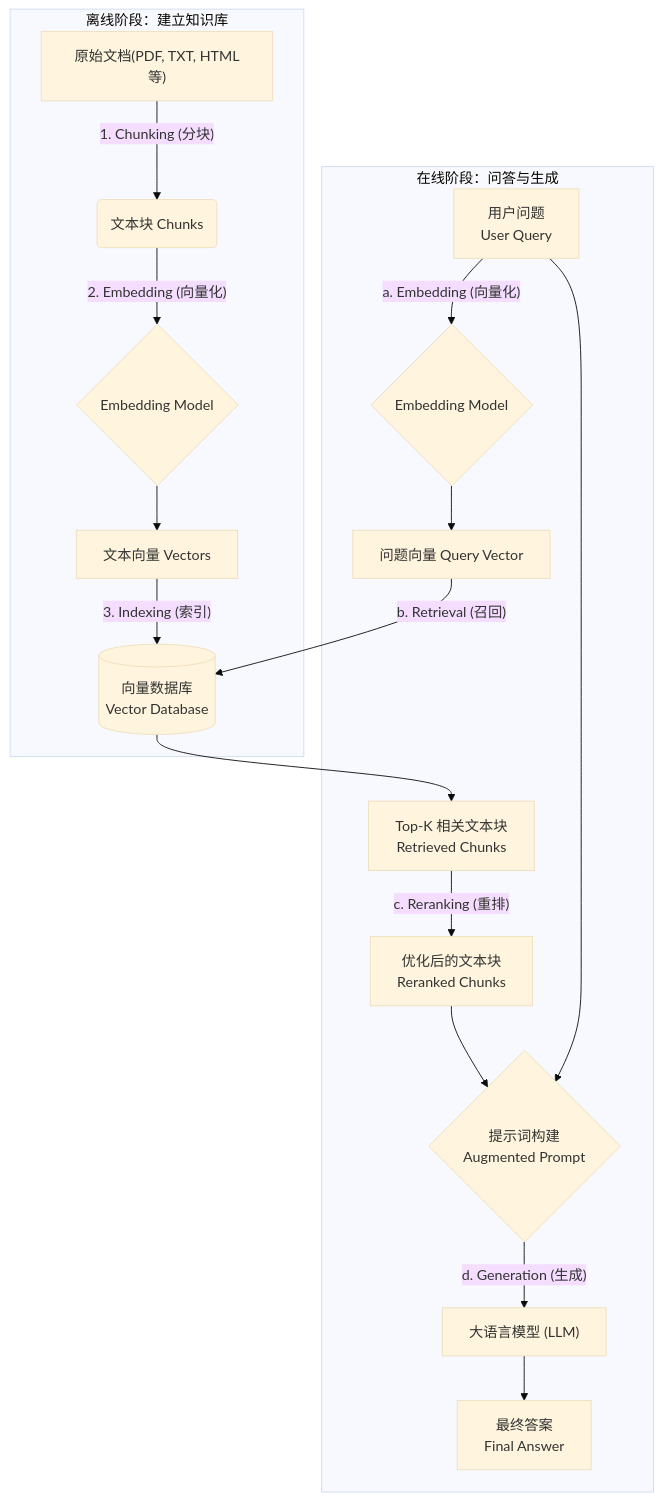
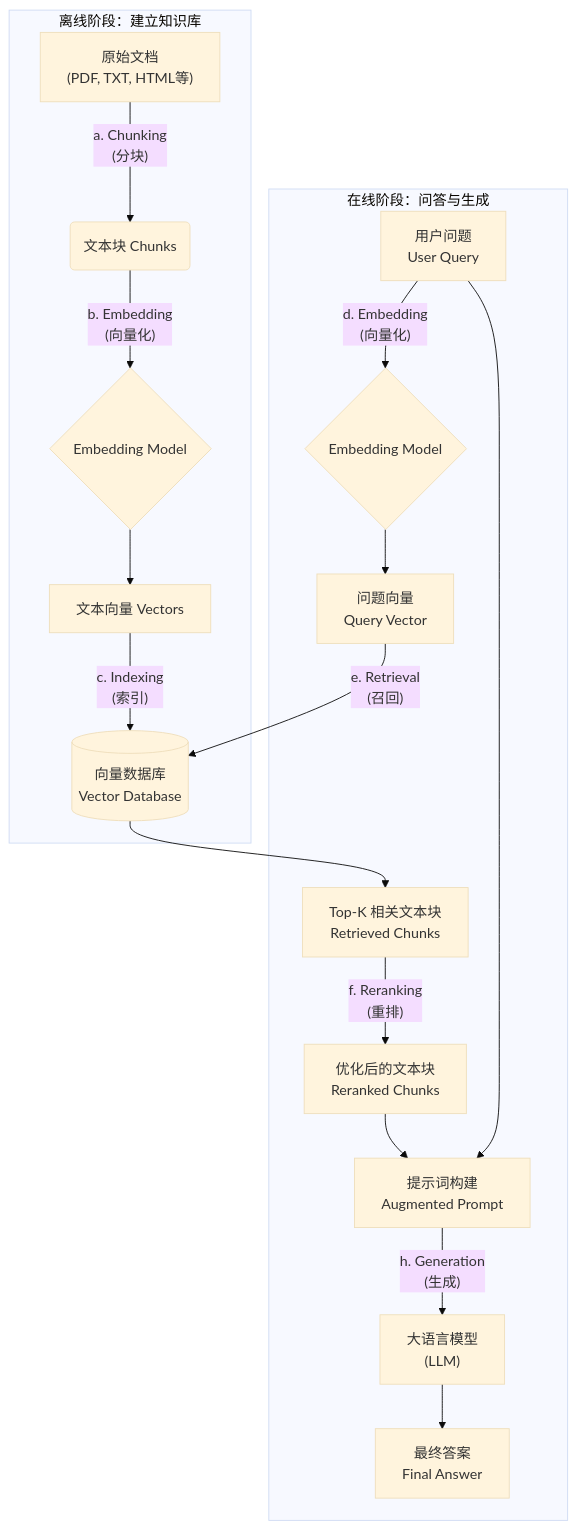
Before and after one commit to yiqingqiu23187/agent_demo: the first of 5 diagrams in AI_Agent_Development_Guide.md, drawn with Mermaid (base theme). The commit also changed other lines of this file and 1 other file, not shown here.

````diff
--- a/AI_Agent_Development_Guide.md
+++ b/AI_Agent_Development_Guide.md
@@ -55,21 +55,21 @@
 ```mermaid
 graph TD
     subgraph offline["离线阶段：建立知识库"]
-        A["原始文档(PDF, TXT, HTML等)"] -->|"1. Chunking (分块)"| B("文本块 Chunks")
-        B -->|"2. Embedding (向量化)"| C{"Embedding Model"}
+        A["原始文档<br/>(PDF, TXT, HTML等)"] -->|"a. Chunking<br/>(分块)"| B("文本块 Chunks")
+        B -->|"b. Embedding<br/>(向量化)"| C{"Embedding Model"}
         C --> D["文本向量 Vectors"]
-        D -->|"3. Indexing (索引)"| E[("向量数据库<br/>Vector Database")]
+        D -->|"c. Indexing<br/>(索引)"| E[("向量数据库<br/>Vector Database")]
     end
 
     subgraph online["在线阶段：问答与生成"]
-        F["用户问题<br/>User Query"] -->|"a. Embedding (向量化)"| G{"Embedding Model"}
-        G --> H["问题向量 Query Vector"]
-        H -->|"b. Retrieval (召回)"| E
+        F["用户问题<br/>User Query"] -->|"d. Embedding<br/>(向量化)"| G{"Embedding Model"}
+        G --> H["问题向量<br/>Query Vector"]
+        H -->|"e. Retrieval<br/>(召回)"| E
         E --> I["Top-K 相关文本块<br/>Retrieved Chunks"]
-        I -->|"c. Reranking (重排)"| J["优化后的文本块<br/>Reranked Chunks"]
-        J --> K{"提示词构建<br/>Augmented Prompt"}
+        I -->|"f. Reranking<br/>(重排)"| J["优化后的文本块<br/>Reranked Chunks"]
+        J --> K["提示词构建<br/>Augmented Prompt"]
         F --> K
-        K -->|"d. Generation (生成)"| L["大语言模型 (LLM)"]
+        K -->|"h. Generation<br/>(生成)"| L["大语言模型<br/>(LLM)"]
         L --> M["最终答案<br/>Final Answer"]
     end
 ```
````
